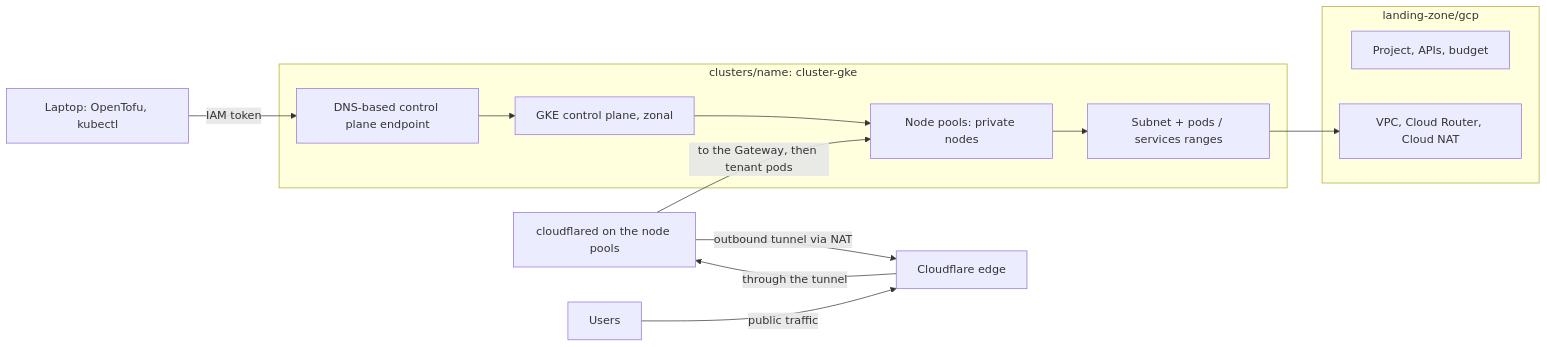
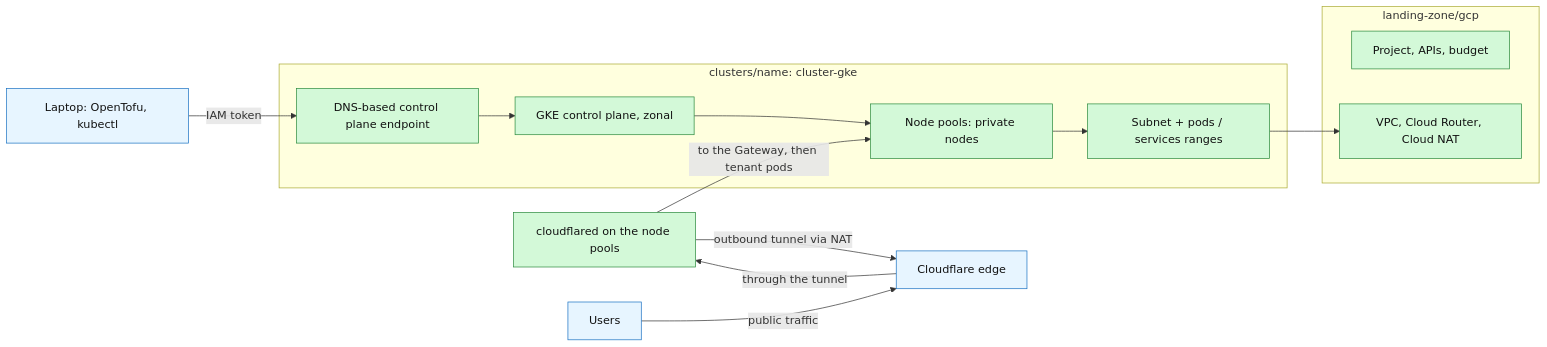
One commit to gsuquet/infra changed the diagram in docs/rfc/0024-gke.md. Above: the diagram before and after it, drawn with Mermaid. The commit also changed other lines of this file and 7 other files, not shown here.

````diff
--- a/docs/rfc/0024-gke.md
+++ b/docs/rfc/0024-gke.md
@@ -112,19 +117,21 @@
 ```mermaid
 flowchart LR
-  laptop["Laptop: OpenTofu, kubectl"] -- "IAM token" --> dns["DNS-based control plane endpoint"]
+  laptop["Laptop: OpenTofu, kubectl"]:::external -- "IAM token" --> dns["DNS-based control plane endpoint"]:::new
   subgraph lz["landing-zone/gcp"]
-    project["Project, APIs, budget"]
-    vpc["VPC, Cloud Router, Cloud NAT"]
+    project["Project, APIs, budget"]:::new
+    vpc["VPC, Cloud Router, Cloud NAT"]:::new
   end
   subgraph root["clusters/name: cluster-gke"]
-    dns --> cp["GKE control plane, zonal"]
-    cp --> pools["Node pools: private nodes"]
-    subnet["Subnet + pods / services ranges"]
+    dns --> cp["GKE control plane, zonal"]:::new
+    cp --> pools["Node pools: private nodes"]:::new
+    subnet["Subnet + pods / services ranges"]:::new
   end
   pools --> subnet
   subnet --> vpc
-  cfd["cloudflared on the node pools"] -- "outbound tunnel via NAT" --> cf["Cloudflare edge"]
-  users["Users"] -- "public traffic" --> cf
+  cfd["cloudflared on the node pools"]:::new -- "outbound tunnel via NAT" --> cf["Cloudflare edge"]:::external
+  users["Users"]:::external -- "public traffic" --> cf
   cf -- "through the tunnel" --> cfd
   cfd -- "to the Gateway, then tenant pods" --> pools
+  classDef new fill:#d3f9d8,stroke:#2b8a3e,color:#111
+  classDef external fill:#e7f5ff,stroke:#1971c2,color:#111
 ```
````
